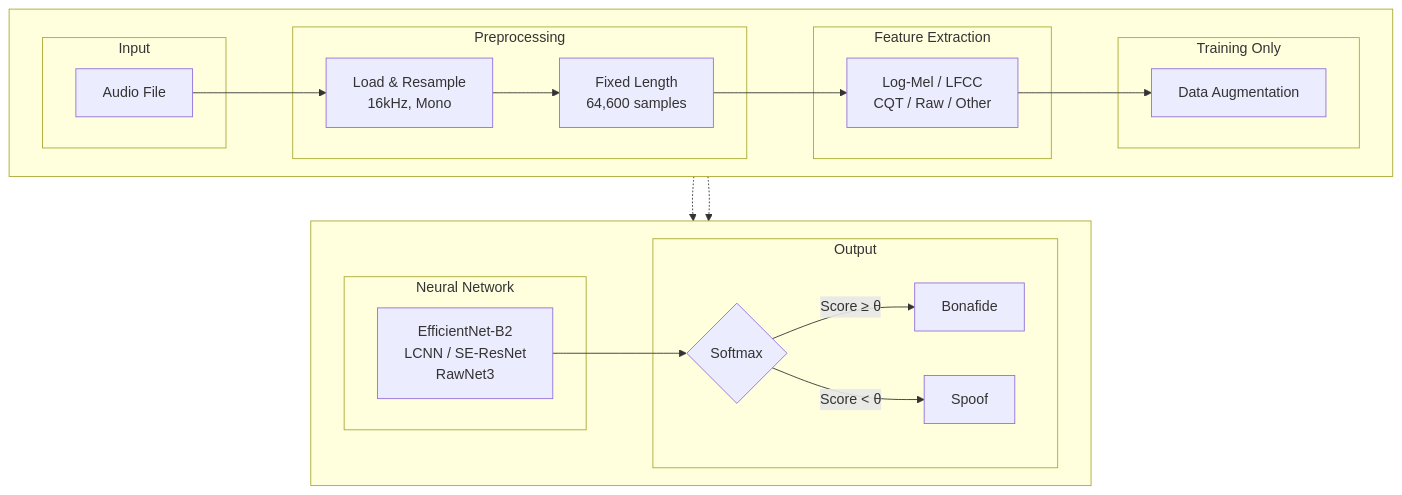
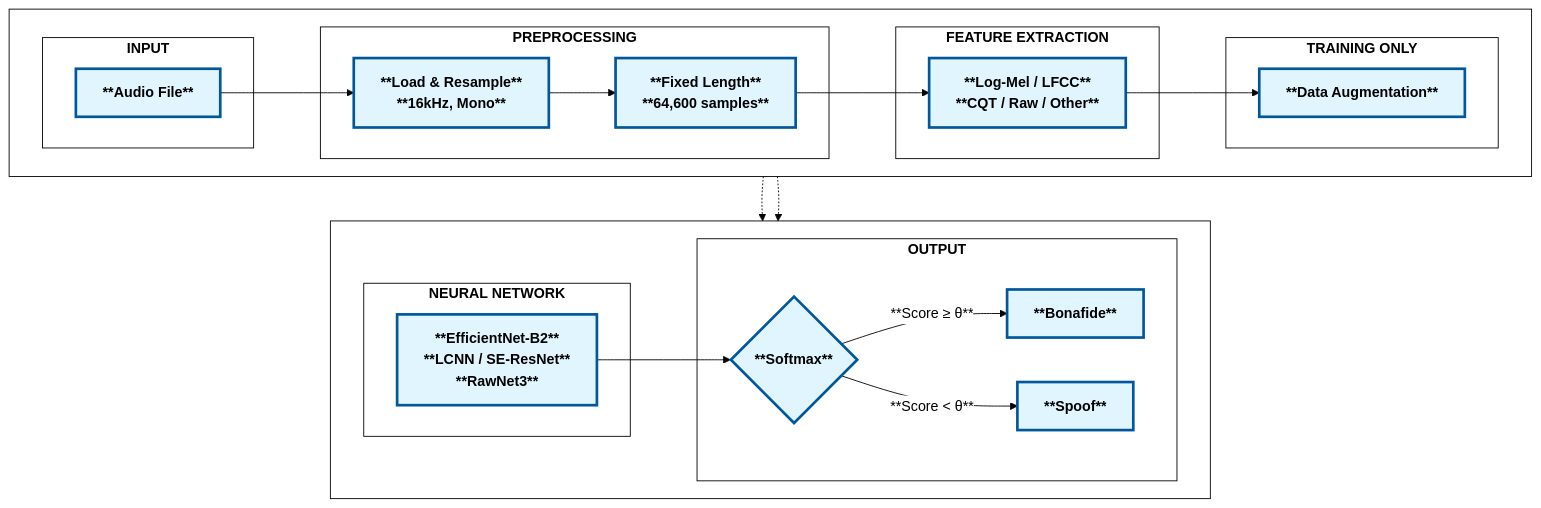
One commit to gkibria121/ai-voice-detector changed the diagram in docs/methodology_part1.md. Above: the diagram before and after it, drawn with Mermaid. The commit also changed other lines of this file and 5 other files, not shown here.

````diff
--- a/docs/methodology_part1.md
+++ b/docs/methodology_part1.md
@@ -3,44 +3,47 @@
 ```mermaid
+%%{init: {'theme':'base', 'themeVariables': { 'primaryColor':'#fff', 'primaryTextColor':'#000', 'primaryBorderColor':'#000', 'lineColor':'#000', 'secondaryColor':'#fff', 'tertiaryColor':'#fff', 'clusterBkg':'#fff', 'clusterBorder':'#000', 'titleColor':'#000', 'edgeLabelBackground':'#fff', 'fontSize':'16px', 'fontFamily':'arial'}}}%%
 flowchart TB
+    classDef nodeStyle fill:#e1f5fe,stroke:#01579b,stroke-width:3px,color:#000,font-weight:bold
+
     subgraph Row1[" "]
         direction LR
-        subgraph Input
-            A[Audio File]
+        subgraph Input["<b>INPUT</b>"]
+            A[**Audio File**]:::nodeStyle
         end
 
-        subgraph Preprocessing
-            B[Load & Resample<br/>16kHz, Mono]
-            C[Fixed Length<br/>64,600 samples]
+        subgraph Preprocessing["<b>PREPROCESSING</b>"]
+            B[**Load & Resample**<br/>**16kHz, Mono**]:::nodeStyle
+            C[**Fixed Length**<br/>**64,600 samples**]:::nodeStyle
         end
 
-        subgraph Features["Feature Extraction"]
-            D[Log-Mel / LFCC<br/>CQT / Raw / Other]
+        subgraph Features["<b>FEATURE EXTRACTION</b>"]
+            D[**Log-Mel / LFCC**<br/>**CQT / Raw / Other**]:::nodeStyle
         end
 
-        subgraph Training["Training Only"]
-            E[Data Augmentation]
+        subgraph Training["<b>TRAINING ONLY</b>"]
+            E[**Data Augmentation**]:::nodeStyle
         end
-        
+
         A --> B --> C --> D --> E
     end
 
     subgraph Row2[" "]
         direction LR
-        subgraph Model["Neural Network"]
-            F[EfficientNet-B2<br/>LCNN / SE-ResNet<br/>RawNet3]
+        subgraph Model["<b>NEURAL NETWORK</b>"]
+            F[**EfficientNet-B2**<br/>**LCNN / SE-ResNet**<br/>**RawNet3**]:::nodeStyle
         end
 
-        subgraph Output
-            G{Softmax}
-            H[Bonafide]
-            I[Spoof]
+        subgraph Output["<b>OUTPUT</b>"]
+            G{**Softmax**}:::nodeStyle
+            H[**Bonafide**]:::nodeStyle
+            I[**Spoof**]:::nodeStyle
         end
-        
+
         F --> G
-        G -->|Score ≥ θ| H
-        G -->|Score < θ| I
+        G -->|**Score ≥ θ**| H
+        G -->|**Score < θ**| I
     end
 
     D -.-> F
     E -.-> F
 ```
````
